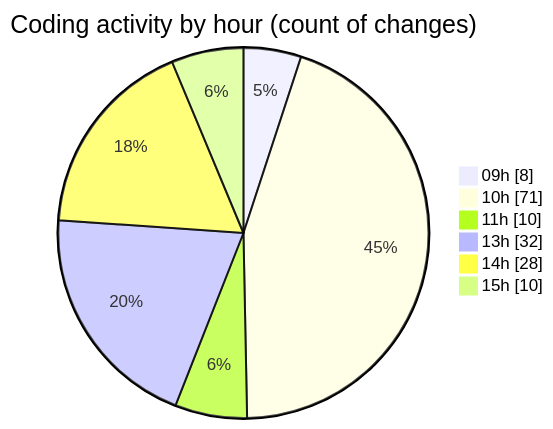
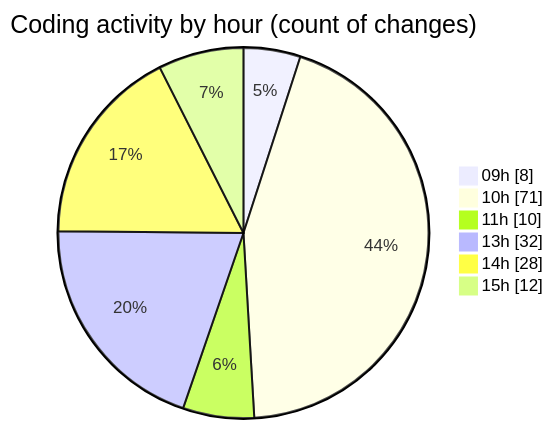
One commit to CELIANVF/code-tracking changed the second of 2 diagrams in 2025-06-03/ecodeli-1/README.md. Above: the diagram before and after it, drawn with Mermaid. The commit also changed other lines of this file and 1 other file, not shown here.

````diff
--- a/2025-06-03/ecodeli-1/README.md
+++ b/2025-06-03/ecodeli-1/README.md
@@ -76,10 +77,10 @@
 ```mermaid
 pie showData
 title Coding activity by hour (count of changes)
 "09h" : 8
 "10h" : 71
 "11h" : 10
 "13h" : 32
 "14h" : 28
-"15h" : 10
+"15h" : 12
 ```
````
